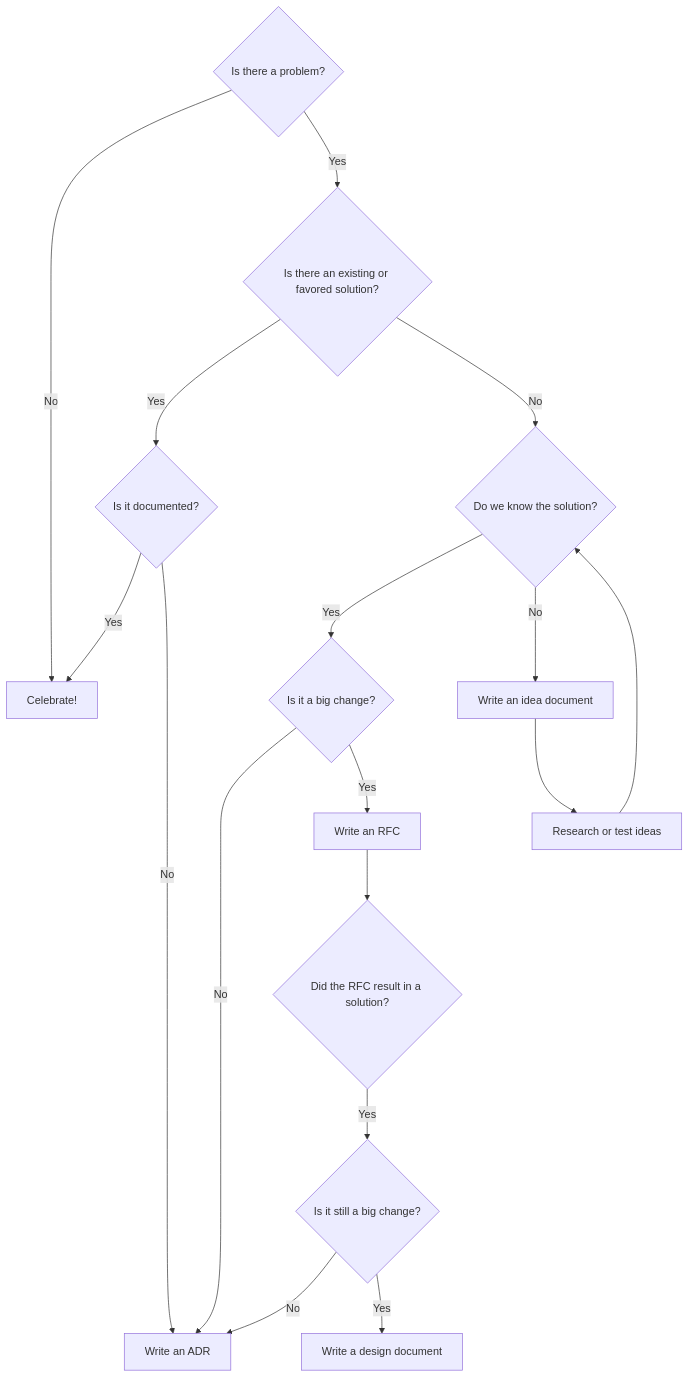
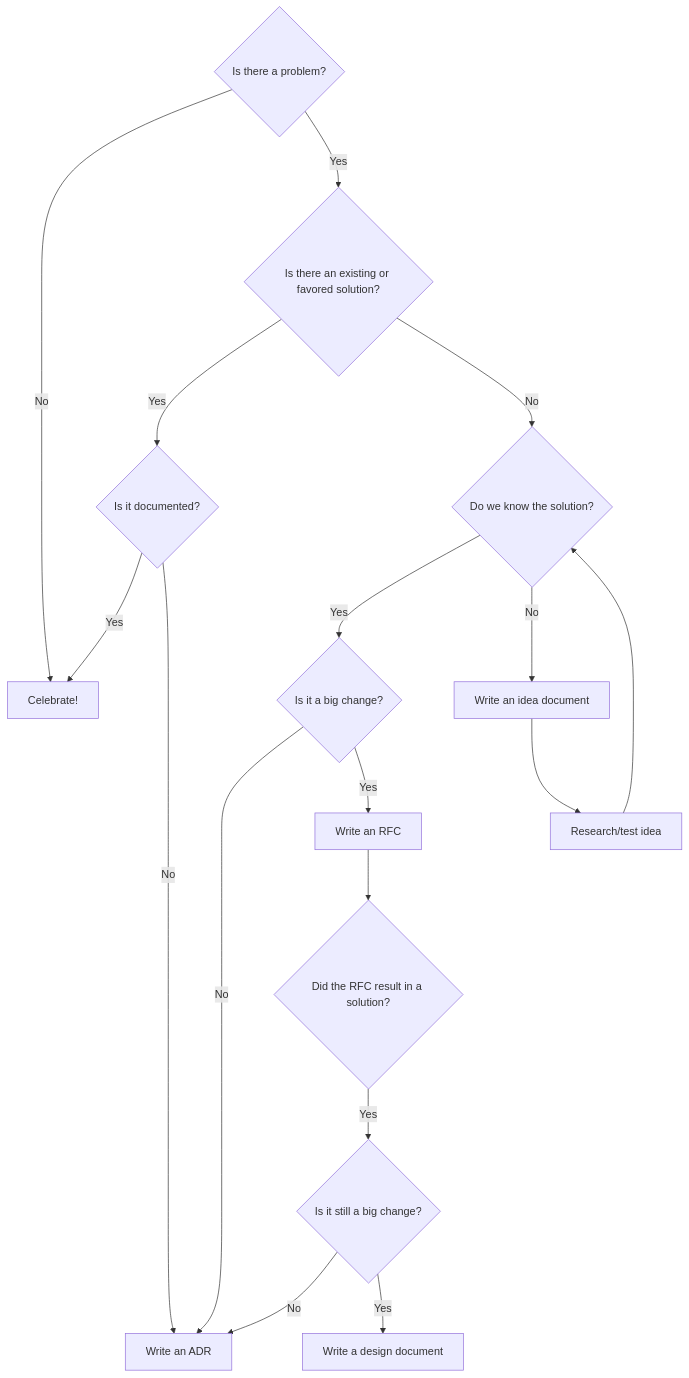
One commit to f1337/f1337.github.io changed the diagram in scratchpad/flowchart.md. Above: the diagram before and after it, drawn with Mermaid. The commit also changed other lines of this file, not shown here.

Commit message:
scratchpad/flowchart.md updated from https://stackedit.io/

````diff
--- a/scratchpad/flowchart.md
+++ b/scratchpad/flowchart.md
@@ -3,19 +3,19 @@
 ```mermaid
 graph TD
 PROBLEM{Is there a problem?} -- No --> CELEB[Celebrate!]
 PROBLEM -- Yes --> ISSOLVED{Is there an existing or favored solution?}
 ISSOLVED -- Yes --> DOC{Is it documented?}
 DOC -- Yes --> CELEB
 ISSOLVED -- No --> ISKNOWN{Do we know the solution?}
 ISKNOWN -- Yes --> ISBIG{Is it a big change?}
 ISKNOWN -- No --> IDEA[Write an idea document]
-IDEA --> TEST[Research or test ideas]
+IDEA --> TEST[Research/test idea]
 TEST --> ISKNOWN
 ISBIG -- No --> ADR[Write an ADR]
 DOC -- No --> ADR
 ISBIG -- Yes --> RFC[Write an RFC]
 RFC --> RFCSOLVE{Did the RFC result in a solution?}
 RFCSOLVE -- Yes --> ISBIGTOO{Is it still a big change?}
 ISBIGTOO -- No --> ADR
 ISBIGTOO -- Yes --> DD[Write a design document]
 ```
````
